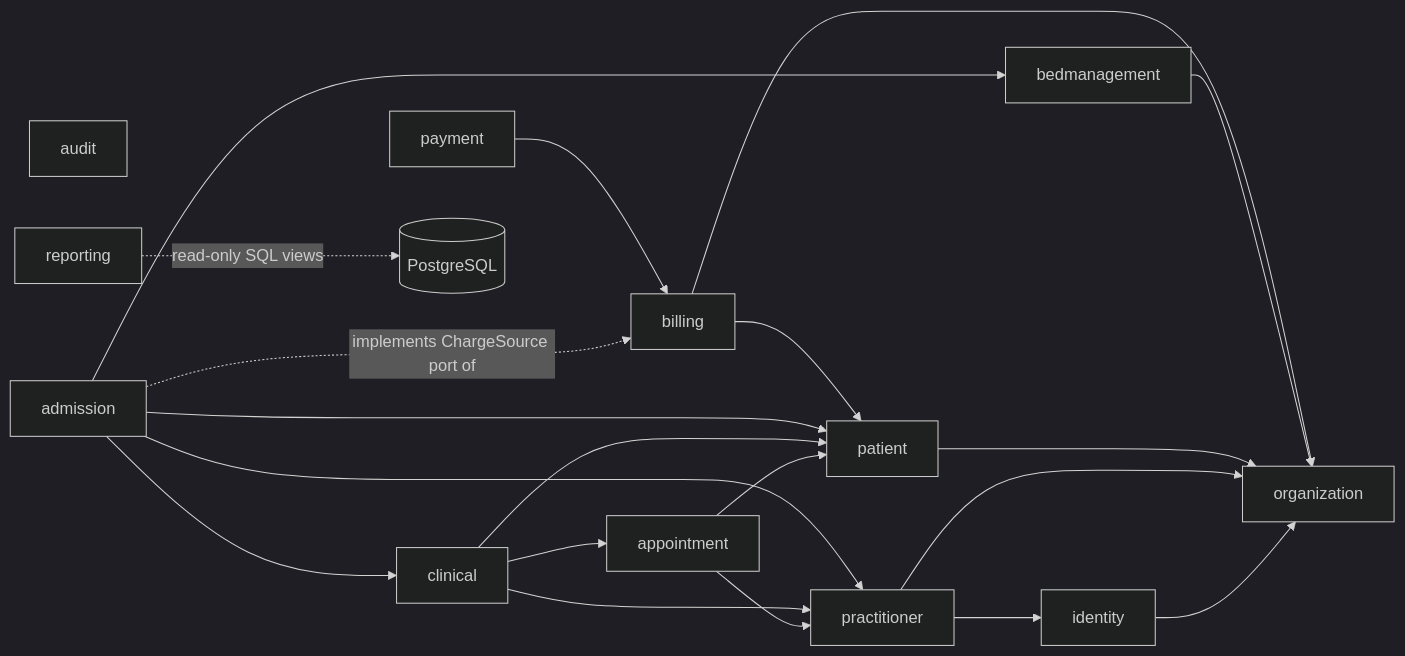
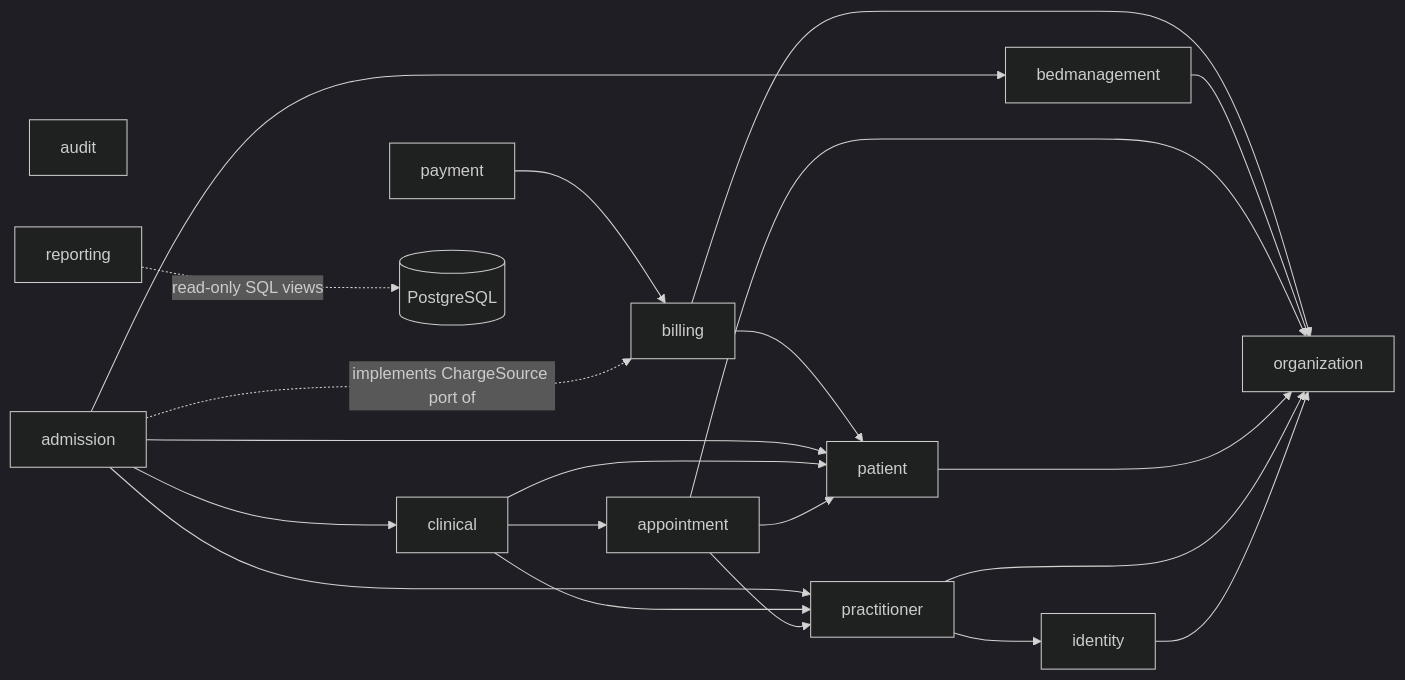
The fourth of 10 diagrams in docs/architecture/hld.md (Samyak-Shreyash/hostpital-manager), drawn with Mermaid (dark theme) before and after one commit. The commit also changed 14 other files, not shown here.

````diff
--- a/docs/architecture/hld.md
+++ b/docs/architecture/hld.md
@@ -70,24 +70,25 @@
 ```mermaid
 flowchart LR
   AUD[audit]
   ORG[organization]
   IDN[identity] --> ORG
   PRC[practitioner] --> ORG
   PRC --> IDN
   PAT[patient] --> ORG
   APT[appointment] --> PAT
+  APT --> ORG
   APT --> PRC
   CLN[clinical] --> PAT
   CLN --> PRC
   CLN --> APT
   BED[bedmanagement] --> ORG
   ADM[admission] --> PAT
   ADM --> PRC
   ADM --> BED
   ADM --> CLN
   BIL[billing] --> PAT
   BIL --> ORG
   ADM -.implements ChargeSource port of.-> BIL
   PAY[payment] --> BIL
   RPT[reporting] -.read-only SQL views.-> DB[(PostgreSQL)]
 ```
````
